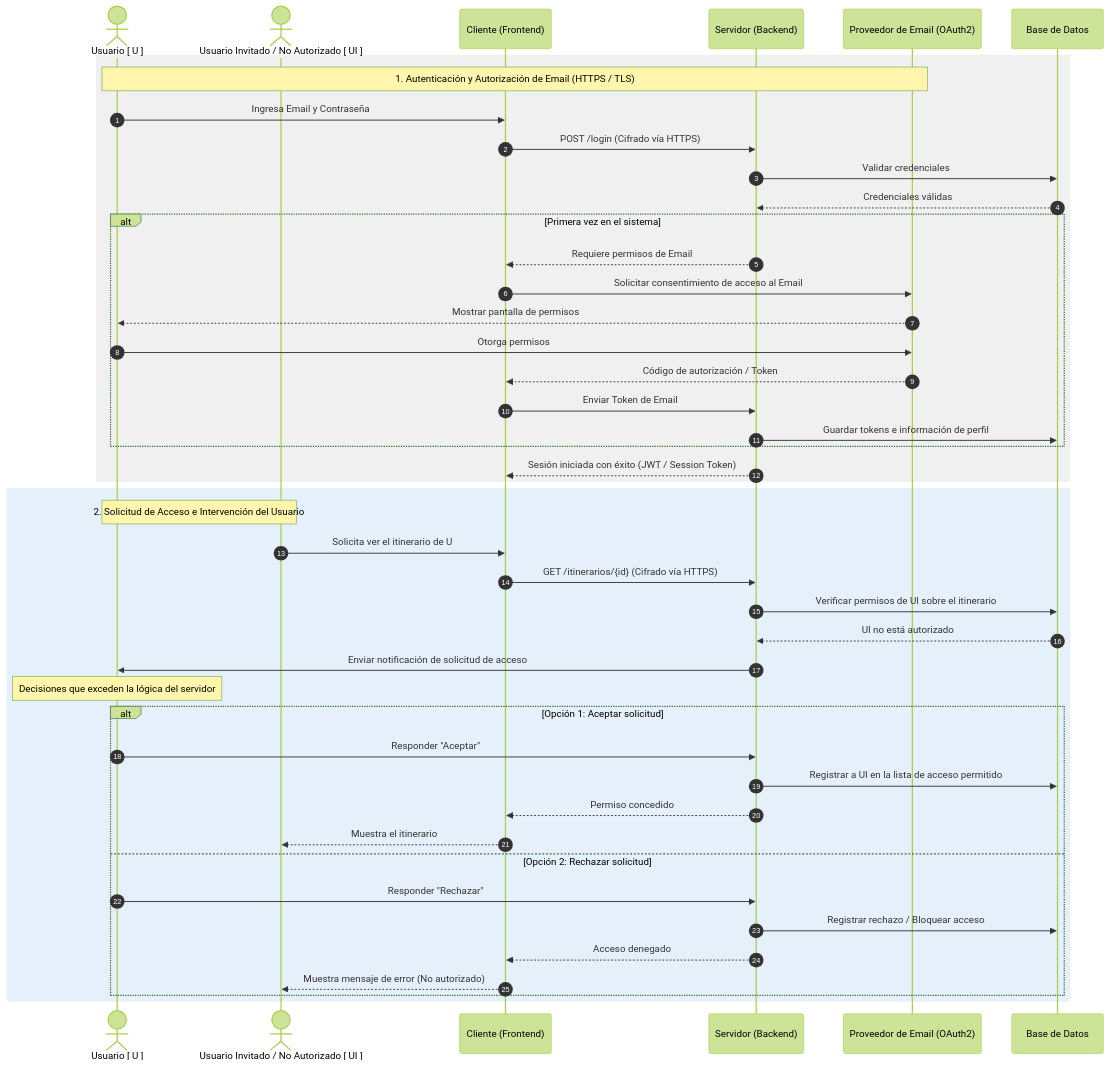
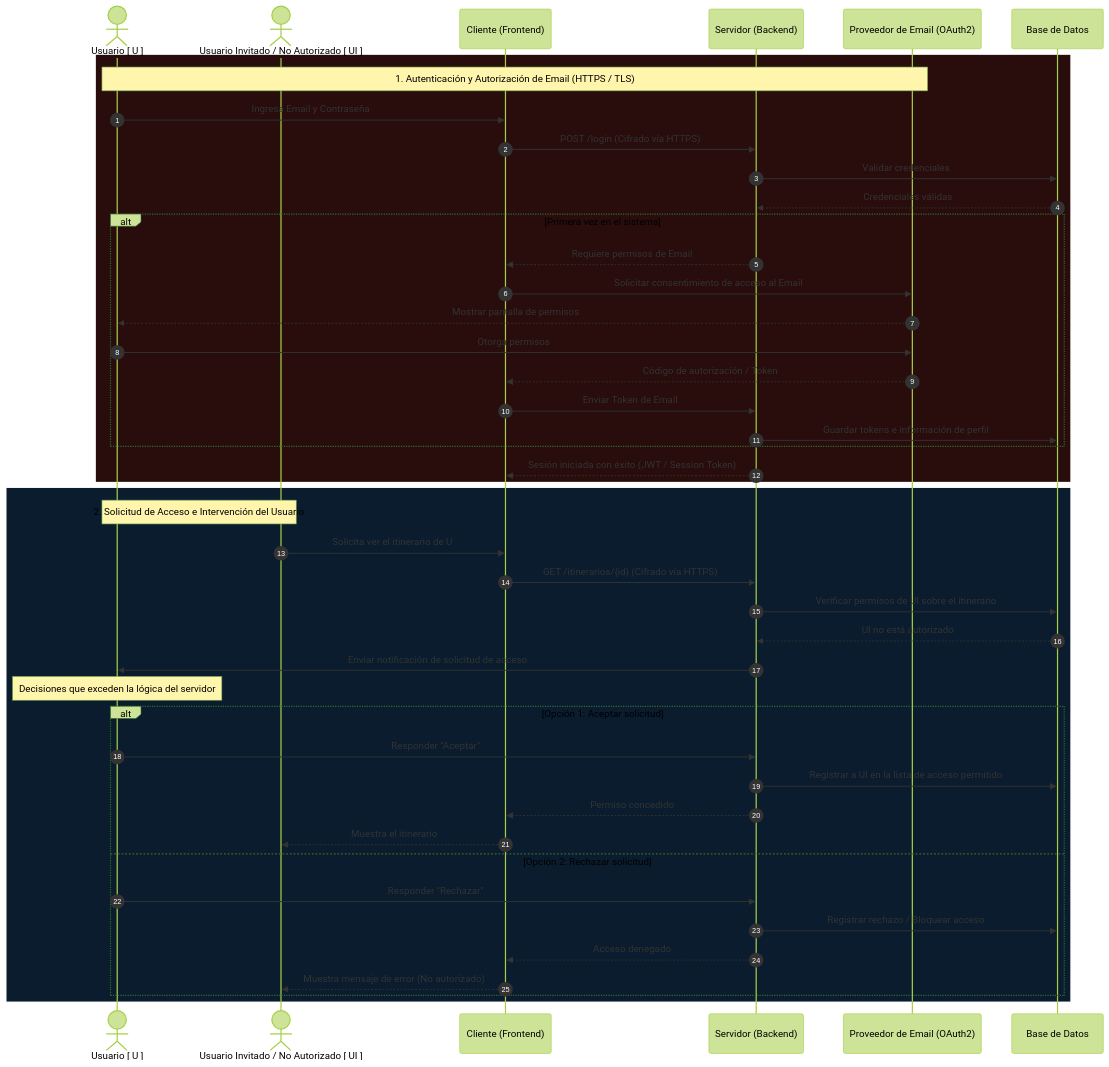
One commit to RubeKN/trotamundos changed the second of 2 diagrams in docs/02-add/iteracion-4.md. Above: the diagram before and after it, drawn with Mermaid (forest theme). The commit also changed other lines of this file and 1 other file, not shown here.

````diff
--- a/docs/02-add/iteracion-4.md
+++ b/docs/02-add/iteracion-4.md
@@ -45,54 +67,54 @@
 ```mermaid
     sequenceDiagram
     autonumber
     actor U as Usuario [ U ]
     actor UI as Usuario Invitado / No Autorizado [ UI ]
     participant C as Cliente (Frontend)
     participant S as Servidor (Backend)
     participant OAuth as Proveedor de Email (OAuth2)
     participant BD as Base de Datos
 
     %% 1. Autenticación y Consentimiento inicial
-    rect rgb(240, 240, 240)
+    rect rgb(41, 12, 12)
     note over U, OAuth: 1. Autenticación y Autorización de Email (HTTPS / TLS)
     U->>C: Ingresa Email y Contraseña
     C->>S: POST /login (Cifrado vía HTTPS)
     S->>BD: Validar credenciales
     BD-->>S: Credenciales válidas
-    
+
     alt Primera vez en el sistema
         S-->>C: Requiere permisos de Email
         C->>OAuth: Solicitar consentimiento de acceso al Email
         OAuth-->>U: Mostrar pantalla de permisos
         U->>OAuth: Otorga permisos
         OAuth-->>C: Código de autorización / Token
         C->>S: Enviar Token de Email
         S->>BD: Guardar tokens e información de perfil
     end
     S-->>C: Sesión iniciada con éxito (JWT / Session Token)
     end
 
     %% 2. Intento de acceso a itinerario no autorizado y Notificación
-    rect rgb(230, 240, 250)
+    rect rgb(10, 28, 46)
     note over UI, U: 2. Solicitud de Acceso e Intervención del Usuario
     UI->>C: Solicita ver el itinerario de U
     C->>S: GET /itinerarios/{id} (Cifrado vía HTTPS)
     S->>BD: Verificar permisos de UI sobre el itinerario
     BD-->>S: UI no está autorizado
 
     S->>U: Enviar notificación de solicitud de acceso
     note over U: Decisiones que exceden la lógica del servidor
 
     alt Opción 1: Aceptar solicitud
         U->>S: Responder "Aceptar"
         S->>BD: Registrar a UI en la lista de acceso permitido
         S-->>C: Permiso concedido
         C-->>UI: Muestra el itinerario
     else Opción 2: Rechazar solicitud
         U->>S: Responder "Rechazar"
         S->>BD: Registrar rechazo / Bloquear acceso
         S-->>C: Acceso denegado
         C-->>UI: Muestra mensaje de error (No autorizado)
     end
     end
 ```
````
